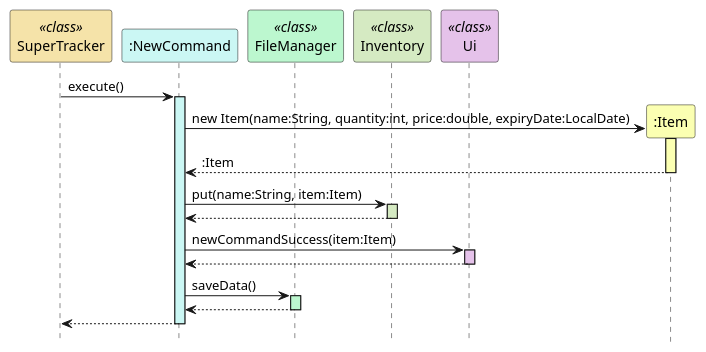
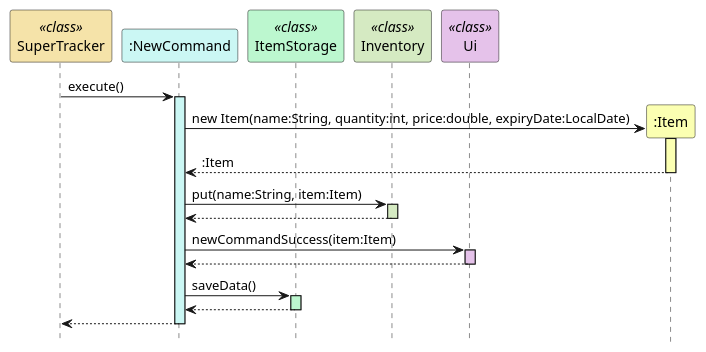
The second of 2 diagrams in docs/uml-diagrams/NewCommand.puml (rismm/tp), drawn with PlantUML before and after one commit. The commit also changed other lines of this file and 19 other files, not shown here.

```diff
--- a/docs/uml-diagrams/NewCommand.puml
+++ b/docs/uml-diagrams/NewCommand.puml
@@ -62,35 +62,35 @@
 @startuml
 hide footbox
 participant "SuperTracker" as SuperTracker <<class>> #f5e3a9
 participant ":NewCommand" as NewCommand #cbf7f4
-participant "FileManager" as FileManager <<class>> #bcf7cf
+participant "ItemStorage" as ItemStorage <<class>> #bcf7cf
 participant "Inventory" as Inventory <<class>> #d5eac2
 participant "Ui" as Ui <<class>> #e5c2ea
 participant ":Item" as Item #fbffb2
 
 SuperTracker -> NewCommand : execute()
 activate NewCommand #cbf7f4
 
 NewCommand -> Item ** : new Item(name:String, quantity:int, price:double, expiryDate:LocalDate)
 activate Item #fbffb2
 Item --> NewCommand : :Item
 deactivate Item
 
 NewCommand -> Inventory : put(name:String, item:Item)
 activate Inventory #d5eac2
 Inventory --> NewCommand
 deactivate Inventory
 
 NewCommand -> Ui : newCommandSuccess(item:Item)
 activate Ui #e5c2ea
 Ui --> NewCommand
 deactivate Ui
 
-NewCommand -> FileManager : saveData()
-activate FileManager #bcf7cf
-FileManager --> NewCommand
-deactivate FileManager
+NewCommand -> ItemStorage : saveData()
+activate ItemStorage #bcf7cf
+ItemStorage --> NewCommand
+deactivate ItemStorage
 
 NewCommand --> SuperTracker
 deactivate NewCommand
 @enduml
```
